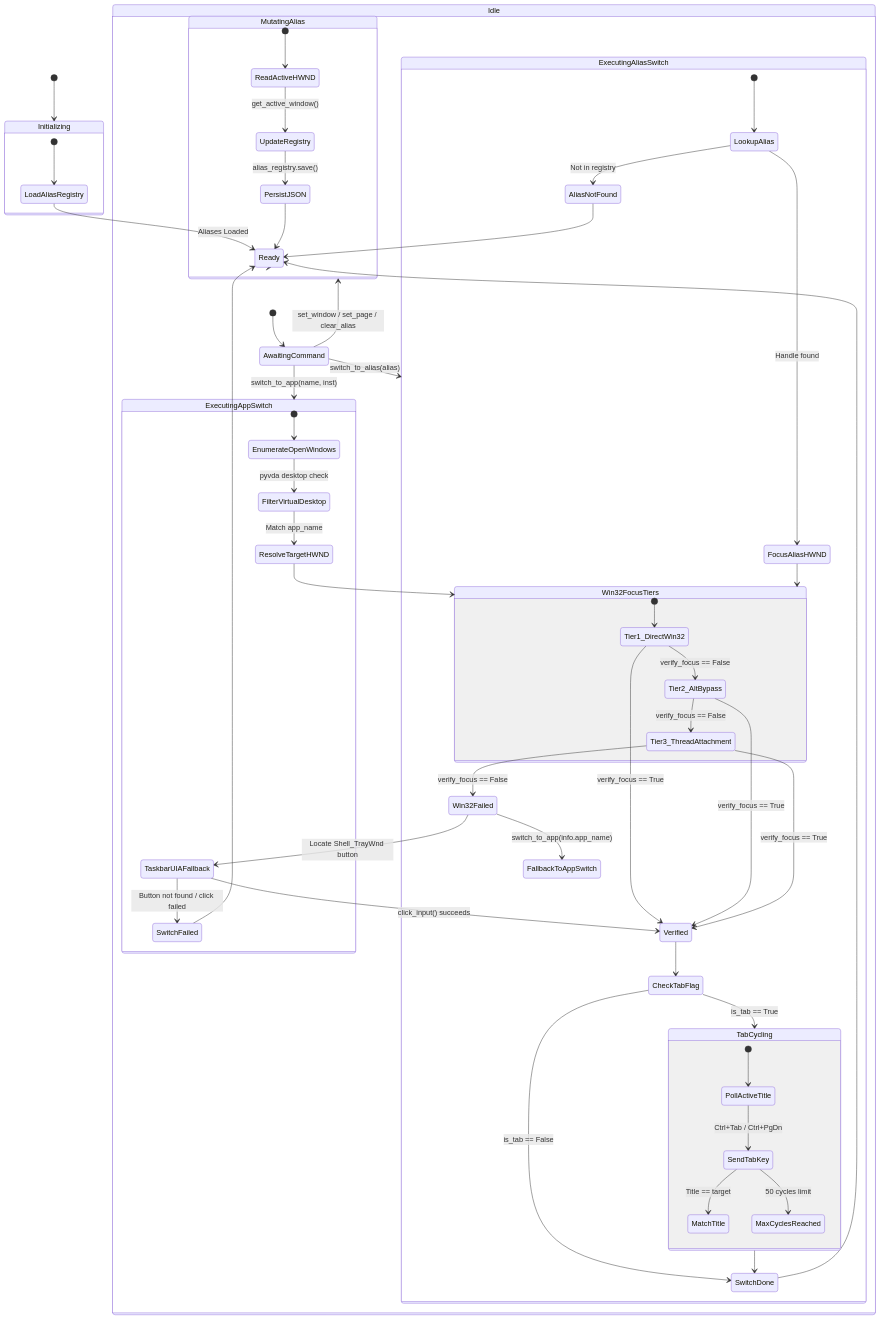
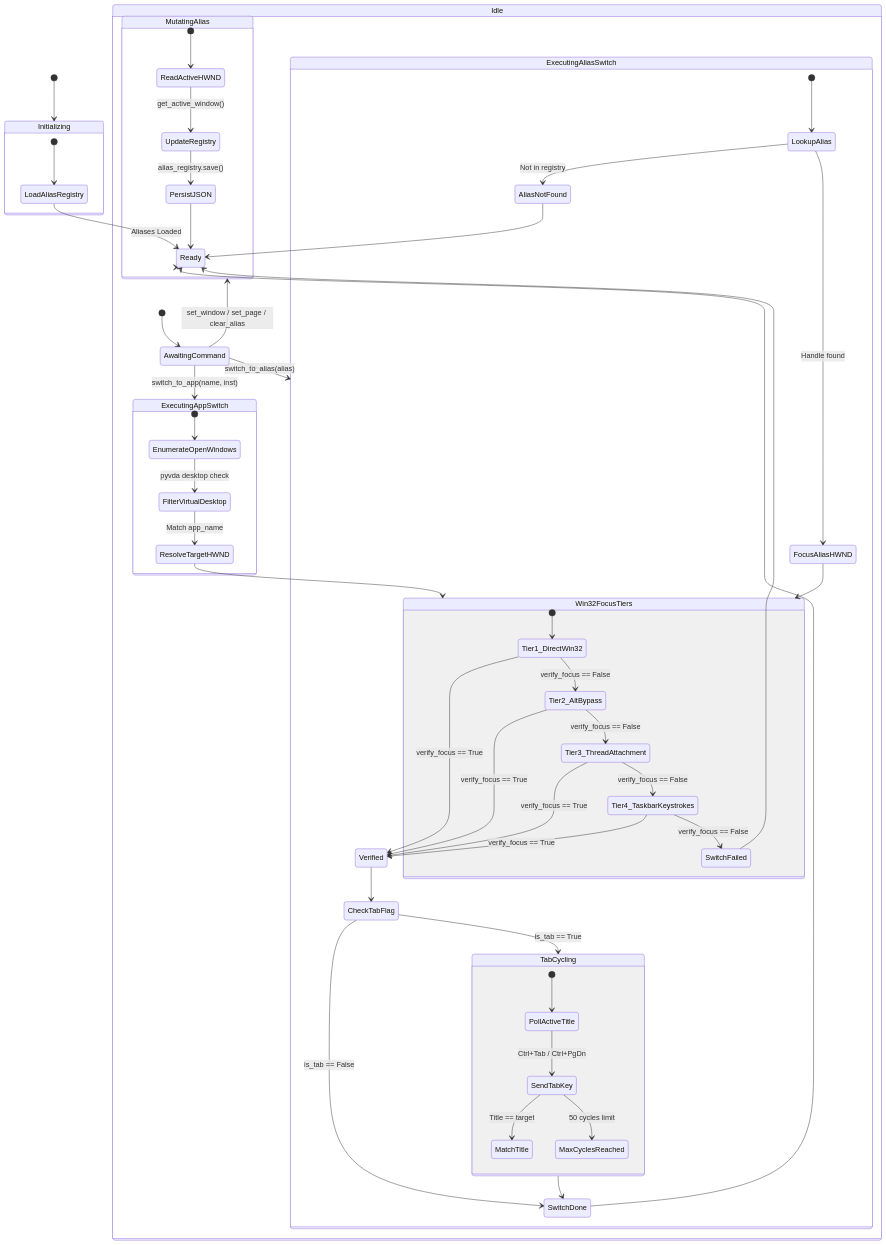
Before and after one commit to amirf147/caster-user-directory-and-notes: the first of 3 diagrams in docs/architecture/app_switcher_architectural_blueprint.md, drawn with Mermaid. The commit also changed other lines of this file and 16 other files, not shown here.

````diff
--- a/docs/architecture/app_switcher_architectural_blueprint.md
+++ b/docs/architecture/app_switcher_architectural_blueprint.md
@@ -200,70 +218,68 @@
 ```mermaid
 stateDiagram-v2
     [*] --> Initializing
 
     state Initializing {
         [*] --> LoadAliasRegistry
         LoadAliasRegistry --> Ready : Aliases Loaded
     }
 
     Ready --> Idle
 
     state Idle {
         [*] --> AwaitingCommand
         AwaitingCommand --> ExecutingAppSwitch : switch_to_app(name, inst)
         AwaitingCommand --> ExecutingAliasSwitch : switch_to_alias(alias)
         AwaitingCommand --> MutatingAlias : set_window / set_page / clear_alias
     }
 
     state MutatingAlias {
         [*] --> ReadActiveHWND
         ReadActiveHWND --> UpdateRegistry : get_active_window()
         UpdateRegistry --> PersistJSON : alias_registry.save()
         PersistJSON --> Ready
     }
 
     state ExecutingAppSwitch {
         [*] --> EnumerateOpenWindows
         EnumerateOpenWindows --> FilterVirtualDesktop : pyvda desktop check
         FilterVirtualDesktop --> ResolveTargetHWND : Match app_name
         
         state Win32FocusTiers {
             [*] --> Tier1_DirectWin32
             Tier1_DirectWin32 --> Verified : verify_focus == True
             Tier1_DirectWin32 --> Tier2_AltBypass : verify_focus == False
             Tier2_AltBypass --> Verified : verify_focus == True
             Tier2_AltBypass --> Tier3_ThreadAttachment : verify_focus == False
             Tier3_ThreadAttachment --> Verified : verify_focus == True
-            Tier3_ThreadAttachment --> Win32Failed : verify_focus == False
+            Tier3_ThreadAttachment --> Tier4_TaskbarKeystrokes : verify_focus == False
+            Tier4_TaskbarKeystrokes --> Verified : verify_focus == True
+            Tier4_TaskbarKeystrokes --> SwitchFailed : verify_focus == False
         }
 
         ResolveTargetHWND --> Win32FocusTiers
-        Win32Failed --> TaskbarUIAFallback : Locate Shell_TrayWnd button
-        TaskbarUIAFallback --> Verified : click_input() succeeds
-        TaskbarUIAFallback --> SwitchFailed : Button not found / click failed
     }
 
     state ExecutingAliasSwitch {
         [*] --> LookupAlias
         LookupAlias --> AliasNotFound : Not in registry
         LookupAlias --> FocusAliasHWND : Handle found
         FocusAliasHWND --> Win32FocusTiers
-        Win32Failed --> FallbackToAppSwitch : switch_to_app(info.app_name)
         Verified --> CheckTabFlag
         
         state TabCycling {
             [*] --> PollActiveTitle
             PollActiveTitle --> SendTabKey : Ctrl+Tab / Ctrl+PgDn
             SendTabKey --> MatchTitle : Title == target
             SendTabKey --> MaxCyclesReached : 50 cycles limit
         }
 
         CheckTabFlag --> TabCycling : is_tab == True
         CheckTabFlag --> SwitchDone : is_tab == False
         TabCycling --> SwitchDone
     }
 
     SwitchDone --> Ready
     SwitchFailed --> Ready
     AliasNotFound --> Ready
 ```
````
